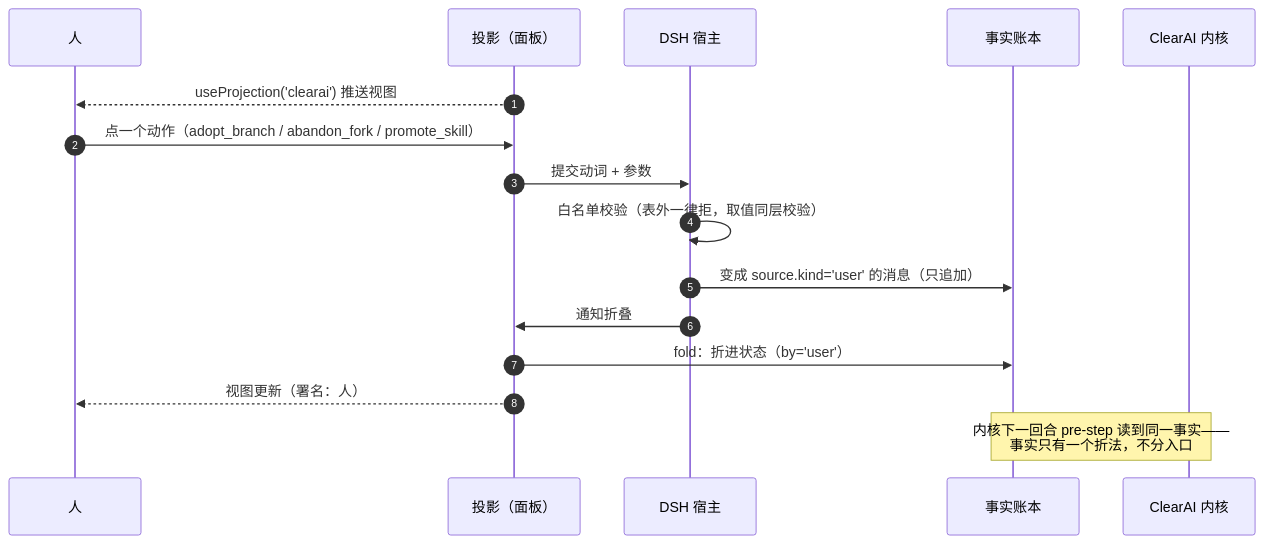
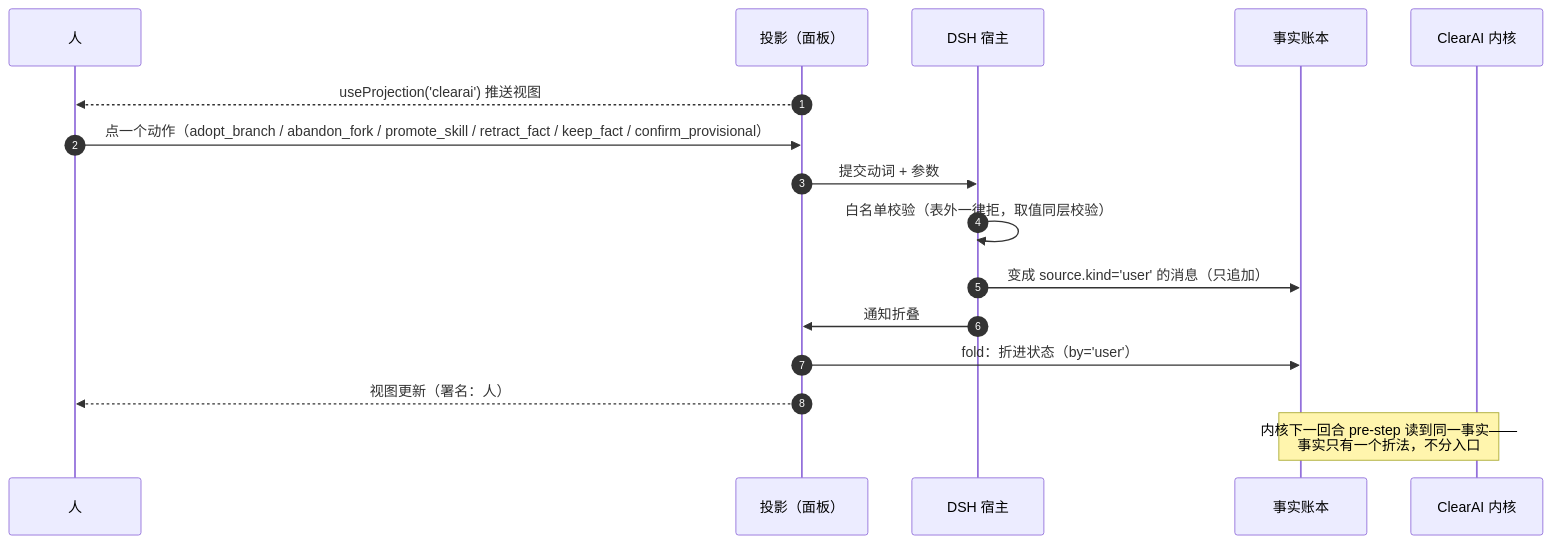
The seventh of 7 diagrams in docs/optimization/timing-diagrams.zh-CN.md (Clearailhc/clearai-dsh), drawn with Mermaid before and after one commit. The commit also changed other lines of this file and 23 other files, not shown here.

First line of the commit message:
docs: 联动与过时项清扫——状态机↔本体↔图,以及钉住旧说法的测试

````diff
--- a/docs/optimization/timing-diagrams.zh-CN.md
+++ b/docs/optimization/timing-diagrams.zh-CN.md
@@ -228,19 +264,19 @@
 ```mermaid
 sequenceDiagram
     autonumber
     participant H as 人
     participant P as 投影（面板）
     participant D as DSH 宿主
     participant L as 事实账本
     participant K as ClearAI 内核
 
     P-->>H: useProjection('clearai') 推送视图
-    H->>P: 点一个动作（adopt_branch / abandon_fork / promote_skill）
+    H->>P: 点一个动作（adopt_branch / abandon_fork / promote_skill / retract_fact / keep_fact / confirm_provisional）
     P->>D: 提交动词 + 参数
     D->>D: 白名单校验（表外一律拒，取值同层校验）
     D->>L: 变成 source.kind='user' 的消息（只追加）
     D->>P: 通知折叠
     P->>L: fold：折进状态（by='user'）
     P-->>H: 视图更新（署名：人）
     Note over K,L: 内核下一回合 pre-step 读到同一事实——<br/>事实只有一个折法，不分入口
 ```
````
